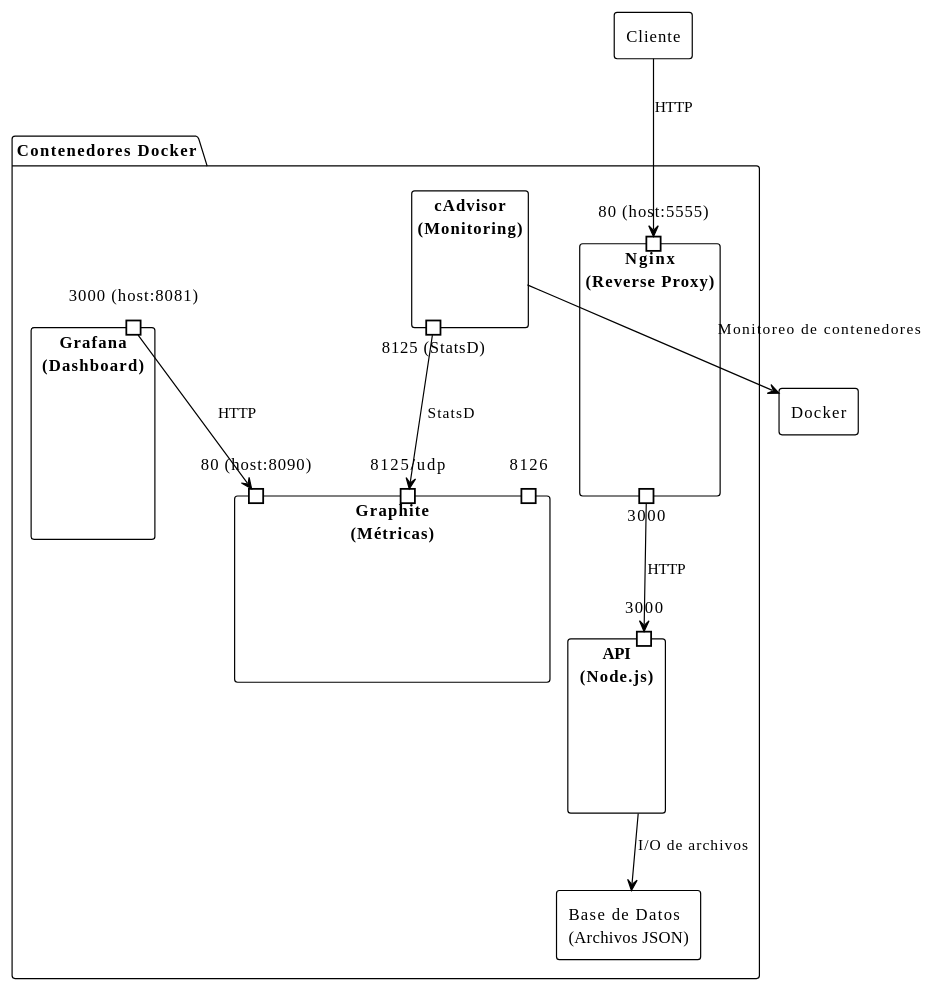
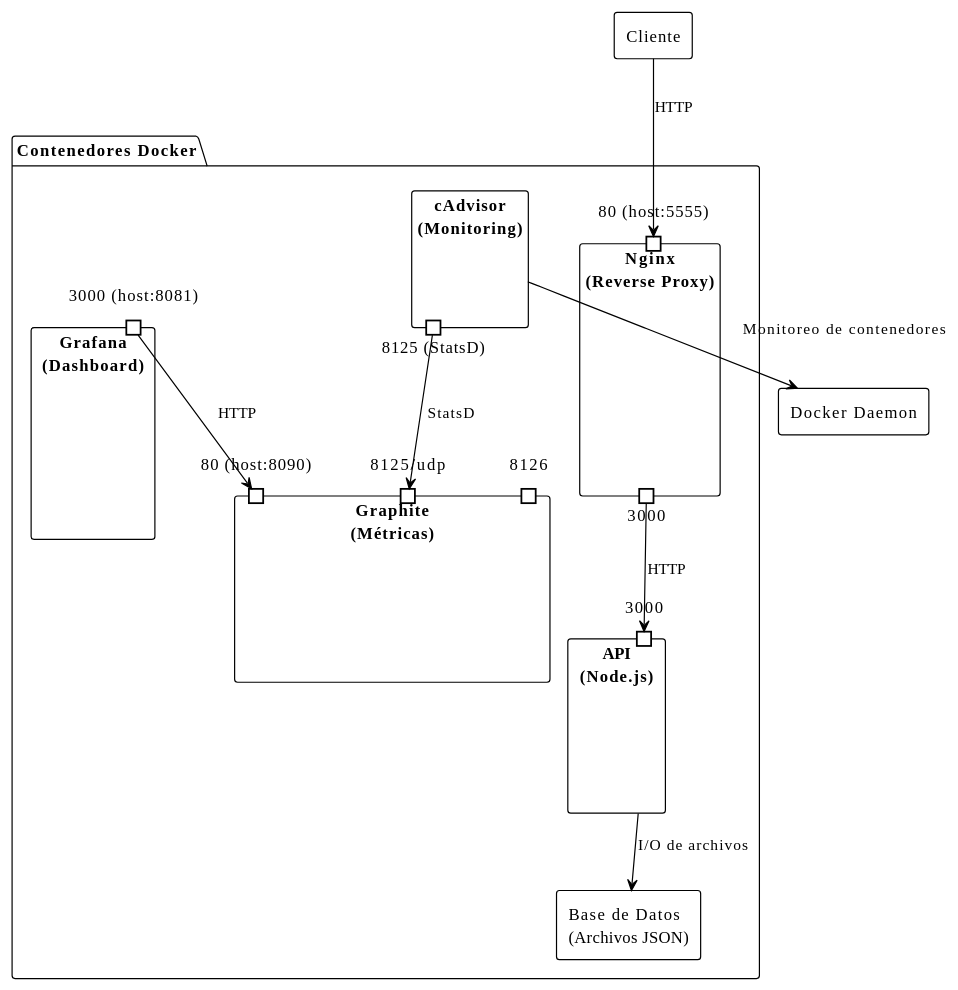
One commit to fiuba-arq-soft/2c25-tp-1 changed the diagram in docs/informe.org. Above: the diagram before and after it, drawn with PlantUML. The commit also changed 4 other files, not shown here.

```diff
--- a/docs/informe.org
+++ b/docs/informe.org
@@ -38,36 +38,36 @@
 #+BEGIN_SRC plantuml :file assets/componentes.png :exports results
 @startuml
 !theme plain
 skinparam componentStyle rectangle
 
 component "Cliente" as Client
 
 package "Contenedores Docker" {
   component "Nginx\n(Reverse Proxy)" as Nginx {
     portin "80 (host:5555)" as p_nginx_in
     portout "3000" as p_nginx_out
   }
   component "API\n(Node.js)" as API {
     portin "3000" as p_api
   }
   component "Base de Datos\n(Archivos JSON)" as DB
   component "cAdvisor\n(Monitoring)" as CAdvisor {
     portout "8125 (StatsD)" as p_cadvisor
   }
   component "Graphite\n(Métricas)" as Graphite {
     portin "80 (host:8090)" as p_graphite_http
     portin "8125/udp" as p_graphite_statsd
     portin "8126" as p_graphite_pickle
   }
   component "Grafana\n(Dashboard)" as Grafana {
     portin "3000 (host:8081)" as p_grafana
   }
 }
 
 Client --> p_nginx_in : HTTP
 p_nginx_out --> p_api : HTTP
 API --> DB : I/O de archivos
 p_cadvisor --> p_graphite_statsd : StatsD
 p_grafana --> p_graphite_http : HTTP
-CAdvisor --> [Docker] : Monitoreo de contenedores
+CAdvisor --> [Docker Daemon] : Monitoreo de contenedores
 #+END_SRC
```
